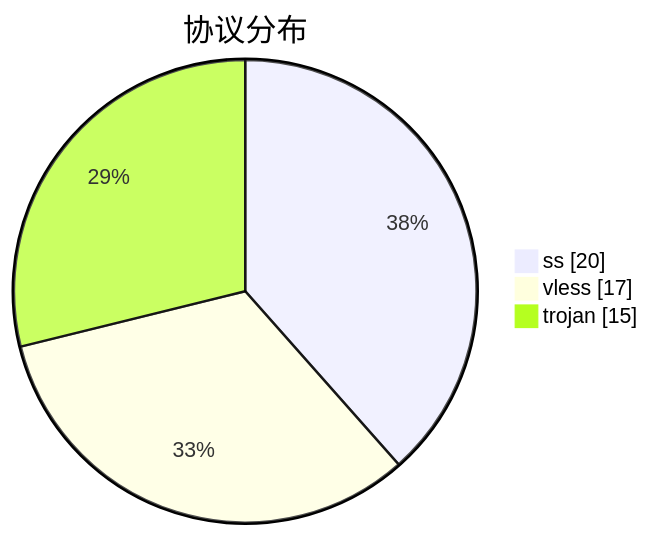
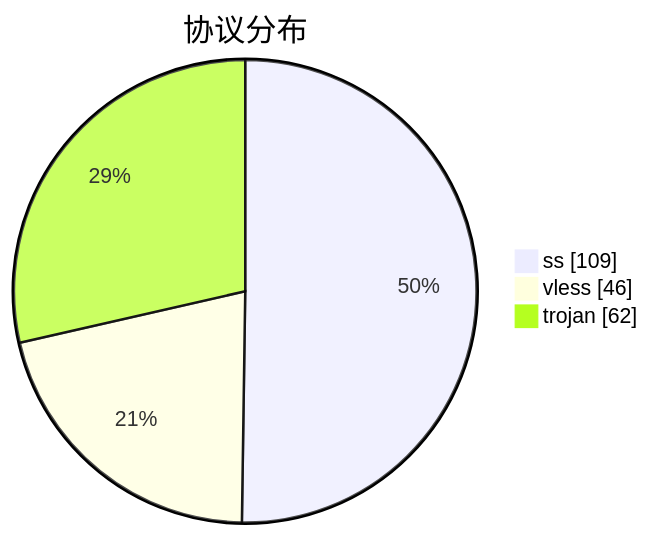
Before and after one commit to qjlxg/airport: the third of 3 diagrams in subs/statistics/tested_within.md, drawn with Mermaid. The commit also changed other lines of this file and 2 other files, not shown here.

````diff
--- a/subs/statistics/tested_within.md
+++ b/subs/statistics/tested_within.md
@@ -26,7 +35,7 @@
 ```mermaid
 pie showData
 title 协议分布
-"ss" : 20
-"vless" : 17
-"trojan" : 15
+"ss" : 109
+"vless" : 46
+"trojan" : 62
 ```
````
